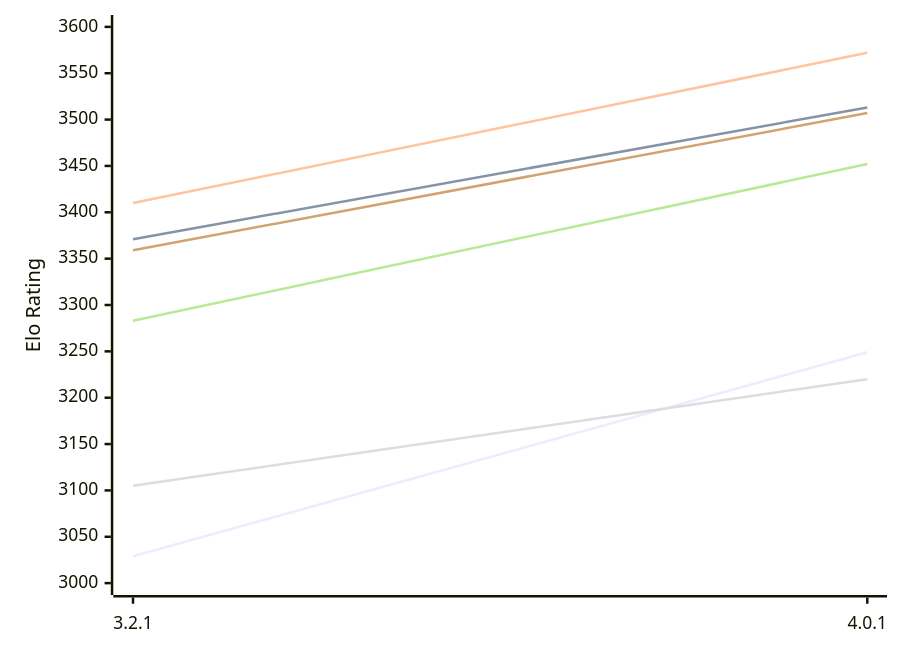
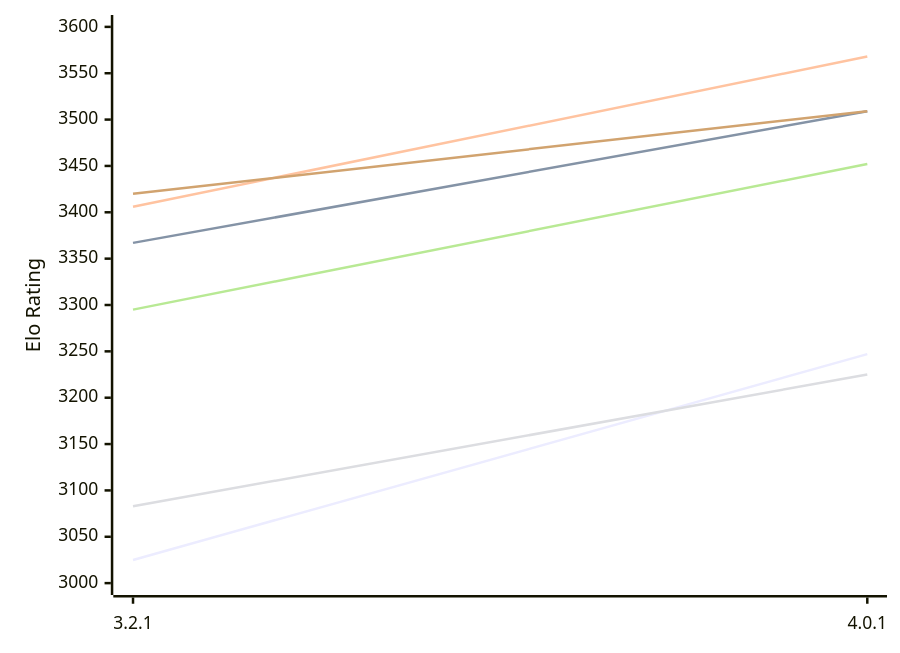
Before and after one commit to computer-chess-index/cci: the first of 2 diagrams in engines/Prune.md, drawn with Mermaid. The commit also changed other lines of this file, not shown here.

Commit message:
Update CCI Ratings (ELO VLTC) - 2026-11-21

````diff
--- a/engines/Prune.md
+++ b/engines/Prune.md
@@ -56,12 +56,12 @@
 ```mermaid
 %%{init: {"theme":"base","themeVariables":{"seriesColors:['#a3a3a3','#222221','#faa371']}}}%%
 xychart-beta
   x-axis ["3.2.1", "4.0.1"]
   y-axis "Elo Rating" 3000 --> 3600
-  line "E1: STC (8.0+0.08s)" [3029, 3249]
-  line "E1: LTC (60.0+0.60s)" [3371, 3513]
-  line "E1: VLTC (2m24s+1.12s)" [3410, 3572]
-  line "P1: STC (8.0+0.08s)" [3105, 3220]
-  line "P1: LTC (60.0+0.60s)" [3283, 3452]
-  line "P1: VLTC (2m24s+1.12s)" [3359, 3507]
+  line "E1: STC (8.0+0.08s)" [3025, 3247]
+  line "E1: LTC (60.0+0.60s)" [3367, 3509]
+  line "E1: VLTC (2m24s+1.12s)" [3406, 3568]
+  line "P1: STC (8.0+0.08s)" [3083, 3225]
+  line "P1: LTC (60.0+0.60s)" [3295, 3452]
+  line "P1: VLTC (2m24s+1.12s)" [3420, 3509]
 ```
````
